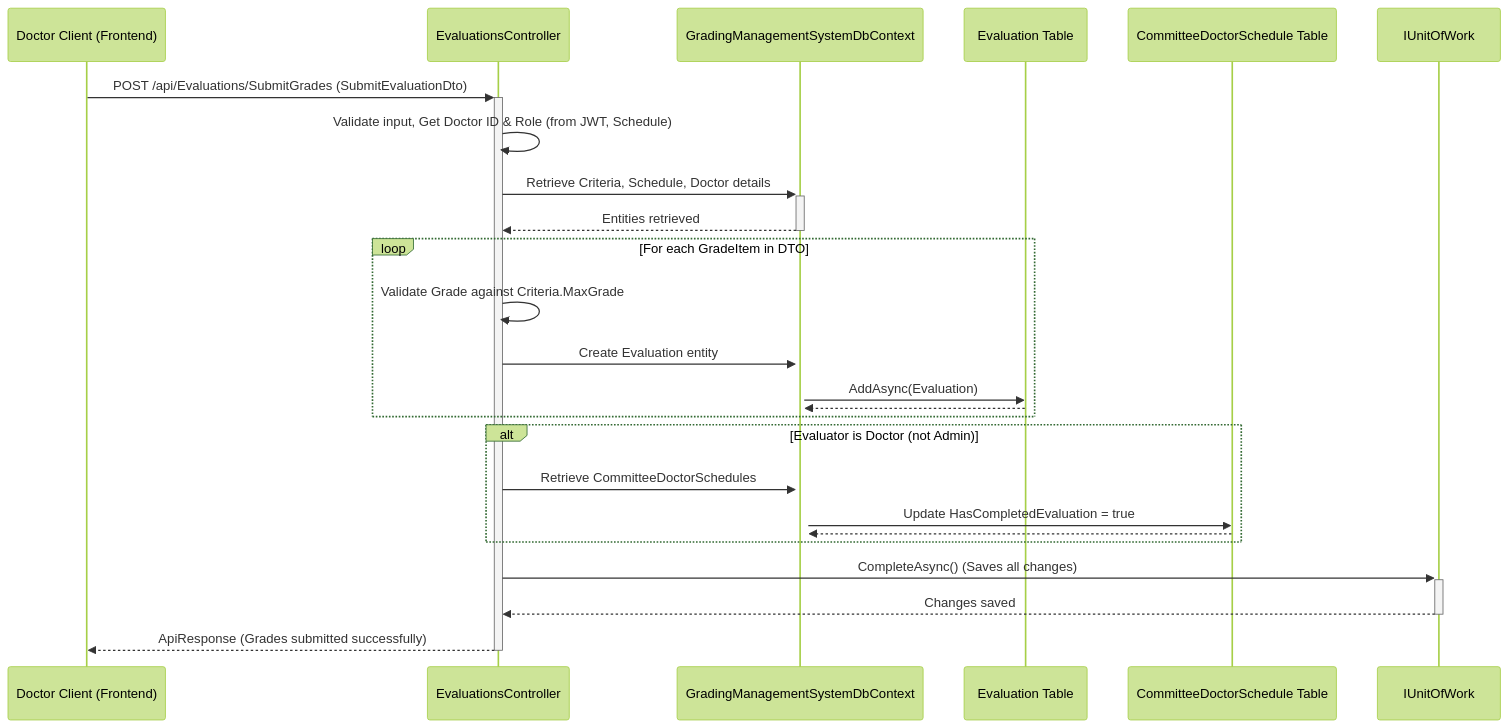
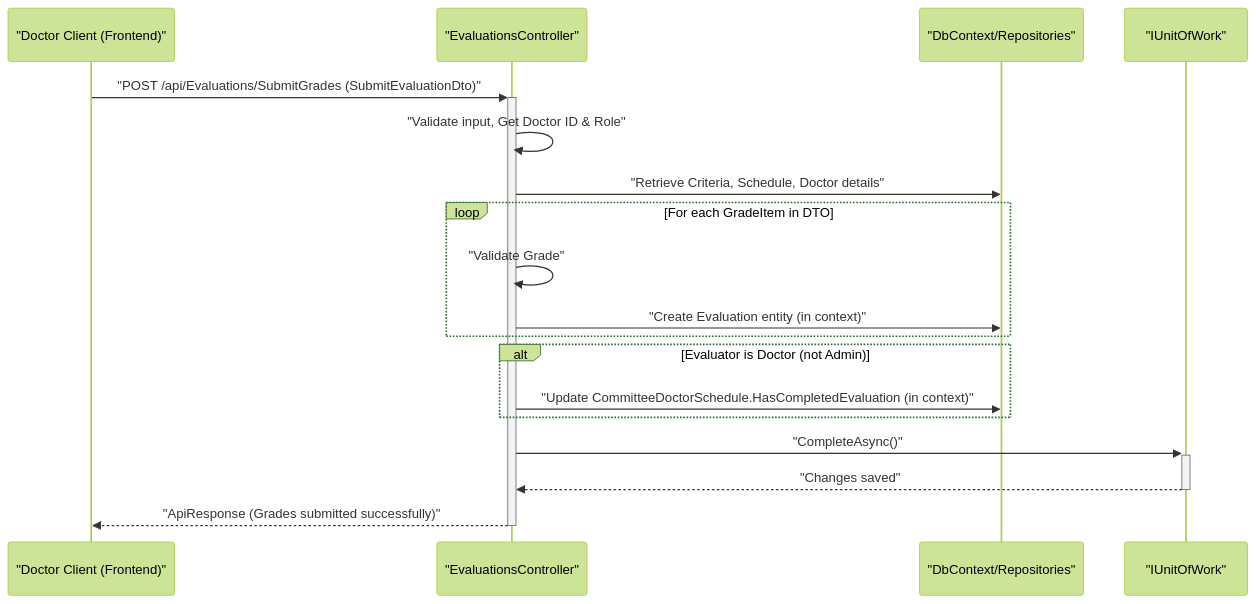
Before and after one commit to MohammadEssamMohammad/GitBook: the fifth of 8 diagrams in readme.md, drawn with Mermaid (forest theme). The commit also changed other lines of this file, not shown here.

````diff
--- a/readme.md
+++ b/readme.md
@@ -314,28 +313,21 @@
 ```mermaid
 sequenceDiagram
-    participant DoctorClient as Doctor Client (Frontend)
-    participant EvalCtrl as EvaluationsController
-    participant DbContext as GradingManagementSystemDbContext
-    participant EvaluationDB as Evaluation Table
-    participant CommitteeDoctorScheduleDB as CommitteeDoctorSchedule Table
-    participant UnitOfWork as IUnitOfWork
+    participant DoctorClient as "Doctor Client (Frontend)"
+    participant EvalCtrl as "EvaluationsController"
+    participant DbContext_Rep as "DbContext/Repositories"
+    participant UnitOfWork as "IUnitOfWork"
 
-    DoctorClient->>+EvalCtrl: POST /api/Evaluations/SubmitGrades (SubmitEvaluationDto)
-    EvalCtrl->>EvalCtrl: Validate input, Get Doctor ID & Role (from JWT, Schedule)
-    EvalCtrl->>+DbContext: Retrieve Criteria, Schedule, Doctor details
-    DbContext-->>-EvalCtrl: Entities retrieved
+    DoctorClient->>+EvalCtrl: "POST /api/Evaluations/SubmitGrades (SubmitEvaluationDto)"
+    EvalCtrl->>EvalCtrl: "Validate input, Get Doctor ID & Role"
+    EvalCtrl->>DbContext_Rep: "Retrieve Criteria, Schedule, Doctor details"
     loop For each GradeItem in DTO
-        EvalCtrl->>EvalCtrl: Validate Grade against Criteria.MaxGrade
-        EvalCtrl->>+DbContext: Create Evaluation entity
-        DbContext->>EvaluationDB: AddAsync(Evaluation)
-        EvaluationDB-->>DbContext:
+        EvalCtrl->>EvalCtrl: "Validate Grade"
+        EvalCtrl->>DbContext_Rep: "Create Evaluation entity (in context)"
     end
     alt Evaluator is Doctor (not Admin)
-        EvalCtrl->>+DbContext: Retrieve CommitteeDoctorSchedules
-        DbContext->>CommitteeDoctorScheduleDB: Update HasCompletedEvaluation = true
-        CommitteeDoctorScheduleDB-->>DbContext:
+        EvalCtrl->>DbContext_Rep: "Update CommitteeDoctorSchedule.HasCompletedEvaluation (in context)"
     end
-    EvalCtrl->>+UnitOfWork: CompleteAsync() (Saves all changes)
-    UnitOfWork-->>-EvalCtrl: Changes saved
-    EvalCtrl-->>-DoctorClient: ApiResponse (Grades submitted successfully)
+    EvalCtrl->>+UnitOfWork: "CompleteAsync()"
+    UnitOfWork-->>-EvalCtrl: "Changes saved"
+    EvalCtrl-->>-DoctorClient: "ApiResponse (Grades submitted successfully)"
 ```
````
